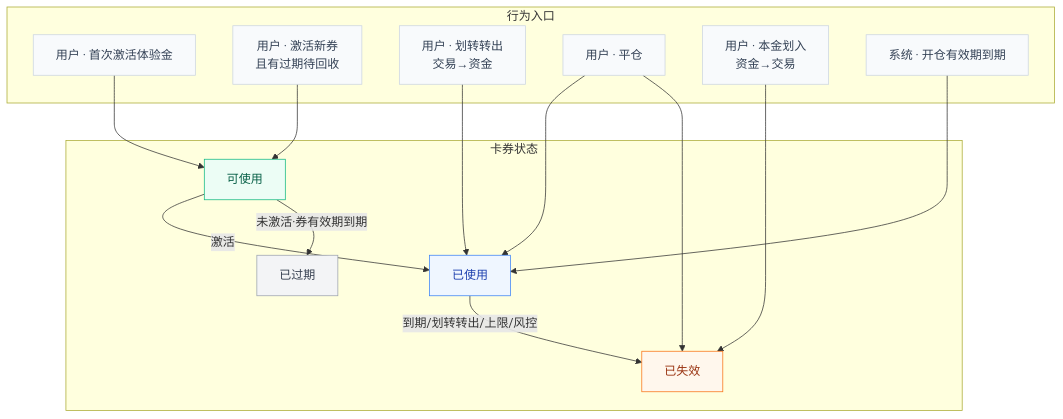
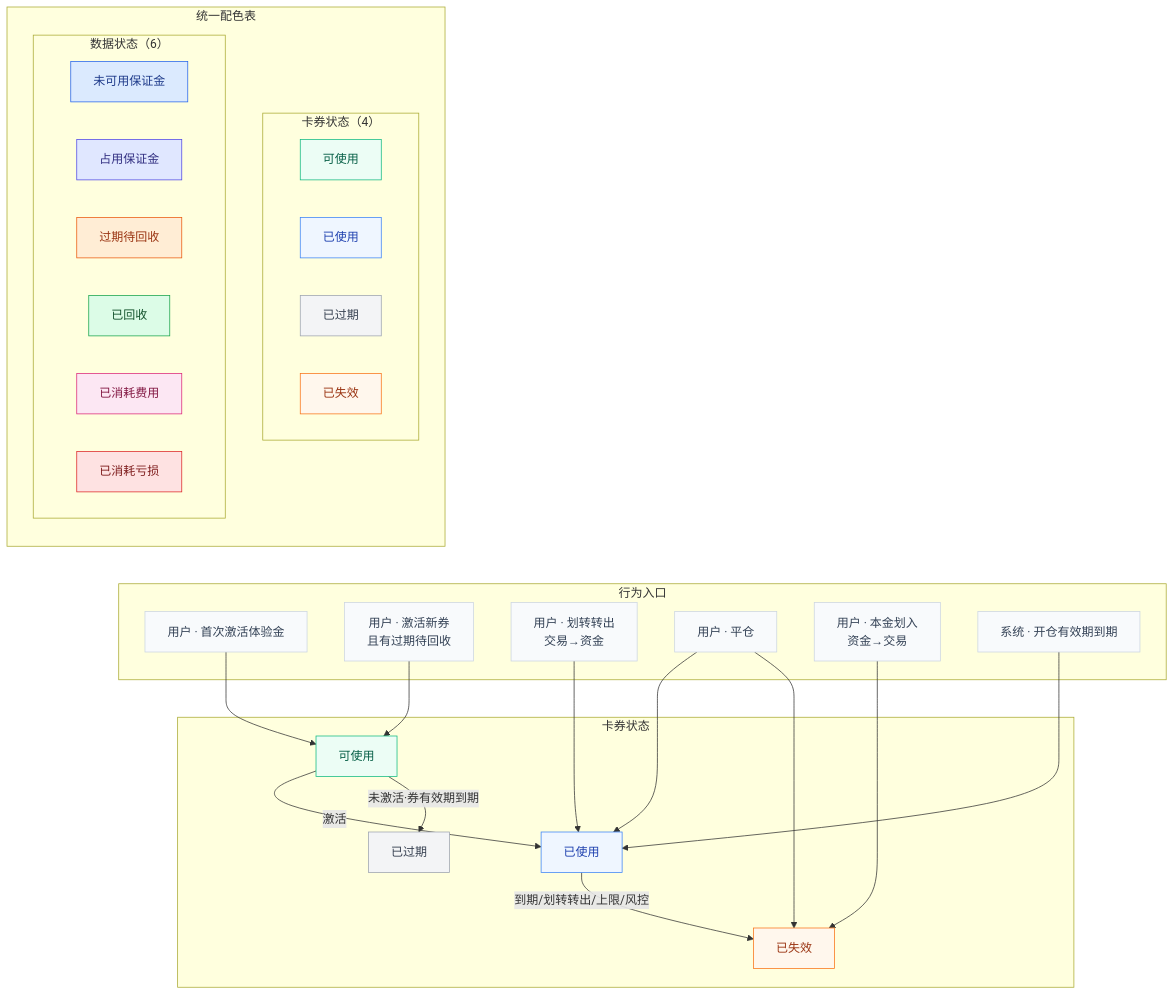
One commit to DashuaibiZZY/prototype changed the diagram in perp_dex/流程图/体验金回收机制v2.mmd. Above: the diagram before and after it, drawn with Mermaid. The commit also changed 4 other files, not shown here.

Commit message:
docs: add unified color legend at top of all trial fund flowcharts

```diff
--- a/perp_dex/流程图/体验金回收机制v2.mmd
+++ b/perp_dex/流程图/体验金回收机制v2.mmd
@@ -1,40 +1,78 @@
 flowchart TB
+    subgraph LEGEND["统一配色表"]
+        direction TB
+        subgraph L_C["卡券状态（4）"]
+            direction LR
+            LC1["可使用"]
+            LC2["已使用"]
+            LC3["已过期"]
+            LC4["已失效"]
+        end
+        subgraph L_D["数据状态（6）"]
+            direction LR
+            LD1["未可用保证金"]
+            LD2["占用保证金"]
+            LD3["过期待回收"]
+            LD4["已回收"]
+            LD5["已消耗费用"]
+            LD6["已消耗亏损"]
+        end
+    end
+
     subgraph 行为入口
         U1[用户 · 首次激活体验金]
         U2[用户 · 激活新券<br/>且有过期待回收]
         U3[用户 · 划转转出<br/>交易→资金]
         U4[用户 · 平仓]
         U5[用户 · 本金划入<br/>资金→交易]
         S1[系统 · 开仓有效期到期]
     end
 
     subgraph 卡券状态
         S0[可使用]
         S2u[已使用]
         S2e[已过期]
         S2x[已失效]
     end
+
+    LEGEND ~~~ 行为入口
 
     U1 --> S0
     U2 --> S0
     U3 --> S2u
     U4 --> S2u
     U4 --> S2x
     U5 --> S2x
     S1 --> S2u
 
     S0 -->|激活| S2u
     S0 -->|未激活·券有效期到期| S2e
     S2u -->|到期/划转转出/上限/风控| S2x
 
     classDef cAvail fill:#ecfdf5,stroke:#10b981,color:#065f46
     classDef cUsed fill:#eff6ff,stroke:#3b82f6,color:#1e40af
     classDef cExpired fill:#f3f4f6,stroke:#9ca3af,color:#374151
     classDef cInvalid fill:#fff7ed,stroke:#f97316,color:#9a3412
+    classDef dAvail fill:#dbeafe,stroke:#2563eb,color:#1e3a8a
+    classDef dOcc fill:#e0e7ff,stroke:#4f46e5,color:#312e81
+    classDef dPending fill:#ffedd5,stroke:#ea580c,color:#9a3412
+    classDef dReclaimed fill:#dcfce7,stroke:#16a34a,color:#14532d
+    classDef dFee fill:#fce7f3,stroke:#db2777,color:#831843
+    classDef dLoss fill:#fee2e2,stroke:#dc2626,color:#7f1d1d
     classDef neutral fill:#f8fafc,stroke:#cbd5e1,color:#334155
 
+    class LC1 cAvail
+    class LC2 cUsed
+    class LC3 cExpired
+    class LC4 cInvalid
+    class LD1 dAvail
+    class LD2 dOcc
+    class LD3 dPending
+    class LD4 dReclaimed
+    class LD5 dFee
+    class LD6 dLoss
     class S0 cAvail
     class S2u cUsed
     class S2e cExpired
     class S2x cInvalid
     class U1,U2,U3,U4,U5,S1 neutral
```
